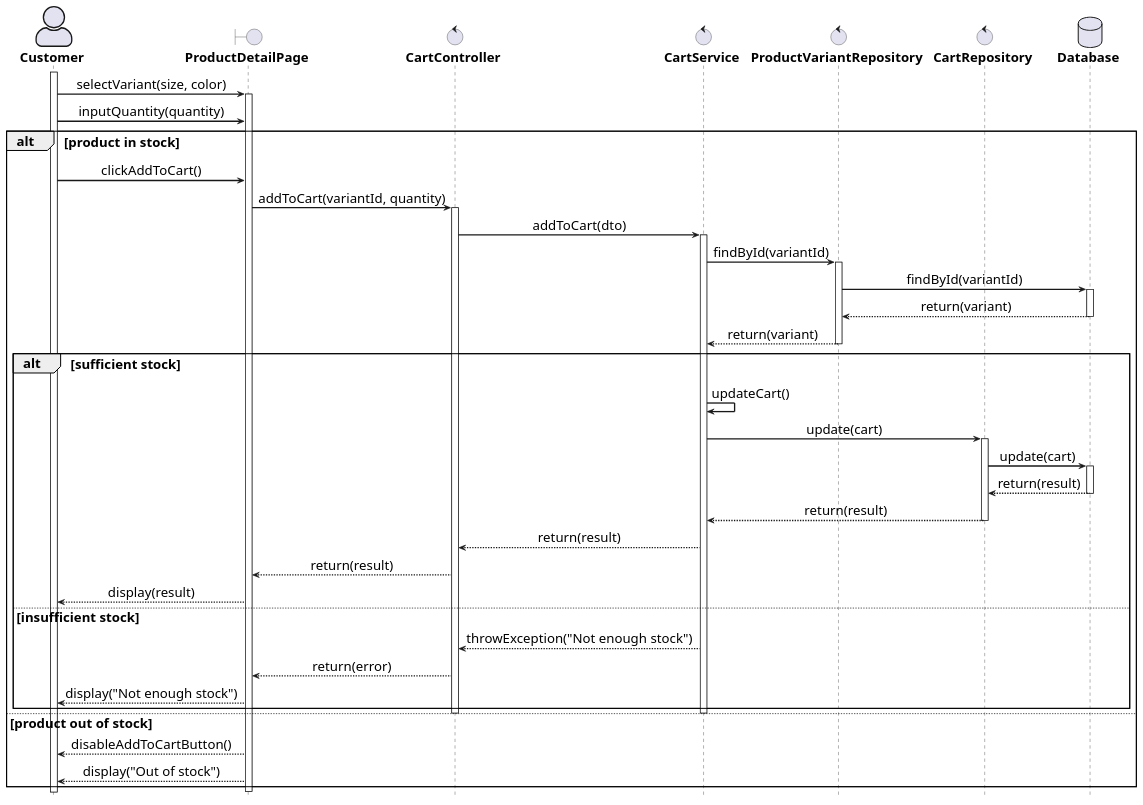
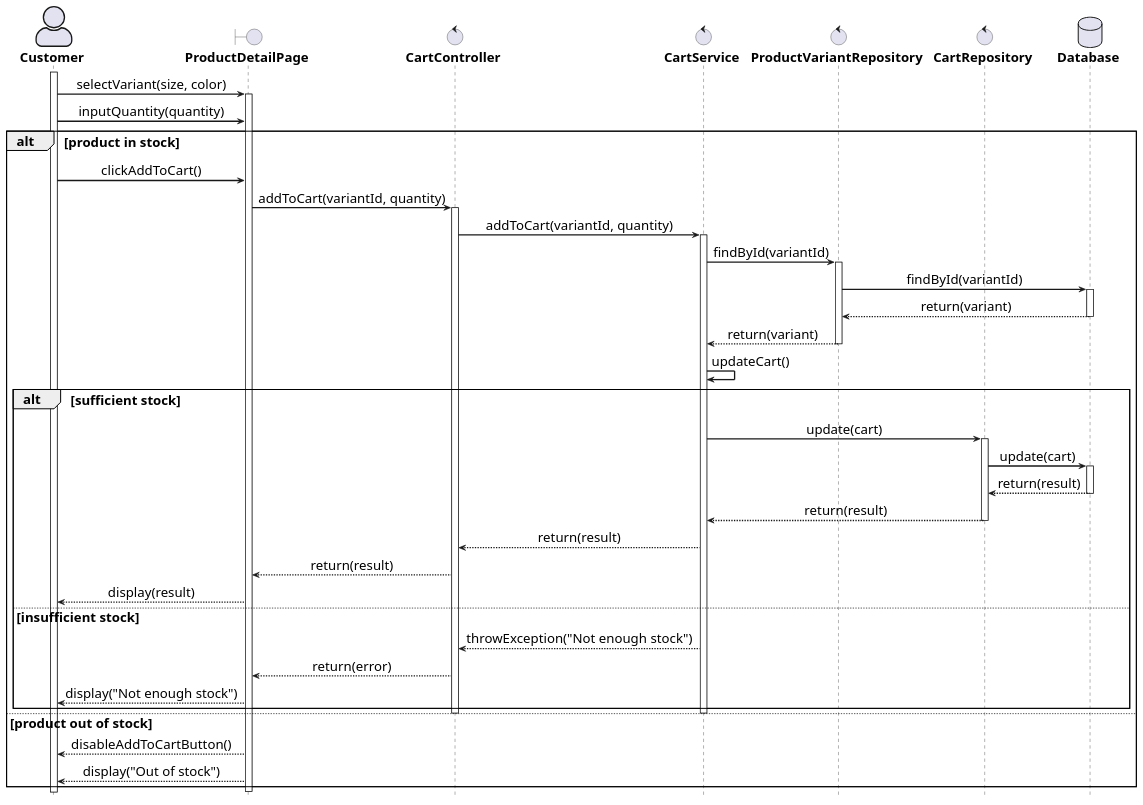
One commit to phuquy-28/clothing-store-spring changed the diagram in docs/sequence-diagram/add-to-cart.pu. Above: the diagram before and after it, drawn with PlantUML. The commit also changed 27 other files, not shown here.

Commit message:
add fields product response; refactor sequence

```diff
--- a/docs/sequence-diagram/add-to-cart.pu
+++ b/docs/sequence-diagram/add-to-cart.pu
@@ -1,96 +1,97 @@
 @startuml
 
 ' General configuration
 skinparam defaultFontSize 20
 skinparam sequenceMessageAlign center
 
 ' Actor style configuration
 skinparam actorStyle awesome
 
 ' Arrow and border thickness configuration
 skinparam {
     ArrowThickness 2
     ParticipantBorderThickness 2
     ActorBorderThickness 2
     LifeLineBorderThickness 2
     ActivationBorderThickness 2
 }
 
 ' Life line color configuration
 skinparam LifeLineBorderColor black
 
 ' Font style configuration for components
 skinparam {
     actorFontStyle bold
     boundaryFontStyle bold
     controlFontStyle bold
     entityFontStyle bold
     databaseFontStyle bold
 }
 
 ' Define components
 actor "Customer" as actor
 boundary "ProductDetailPage" as detailPage
 control "CartController" as controller
 control "CartService" as service
 control "ProductVariantRepository" as variantRepo
 control "CartRepository" as cartRepo
 database "Database" as db
 
 ' Start processing flow
 activate actor
 
 actor -> detailPage: selectVariant(size, color)
 activate detailPage
 
 actor -> detailPage: inputQuantity(quantity)
 
 alt product in stock
     actor -> detailPage: clickAddToCart()
     
     detailPage -> controller: addToCart(variantId, quantity)
     activate controller
     
-    controller -> service: addToCart(dto)
+    controller -> service: addToCart(variantId, quantity)
     activate service
     
     service -> variantRepo: findById(variantId)
     activate variantRepo
     variantRepo -> db: findById(variantId)
     activate db
     db --> variantRepo: return(variant)
     deactivate db
     variantRepo --> service: return(variant)
     deactivate variantRepo
     
+    service -> service: updateCart()
+    
     alt sufficient stock
-        service -> service: updateCart()
         service -> cartRepo: update(cart)
         activate cartRepo
         cartRepo -> db: update(cart)
         activate db
         db --> cartRepo: return(result)
         deactivate db
         cartRepo --> service: return(result)
         deactivate cartRepo
         service --> controller: return(result)
         controller --> detailPage: return(result)
         detailPage --> actor: display(result)
     else insufficient stock
         service --> controller: throwException("Not enough stock")
         controller --> detailPage: return(error)
         detailPage --> actor: display("Not enough stock")
     end
     
     deactivate service
     deactivate controller
     
 else product out of stock
     detailPage --> actor: disableAddToCartButton()
     detailPage --> actor: display("Out of stock")
 end
 
 deactivate detailPage
 
 hide footbox
 @enduml
```
